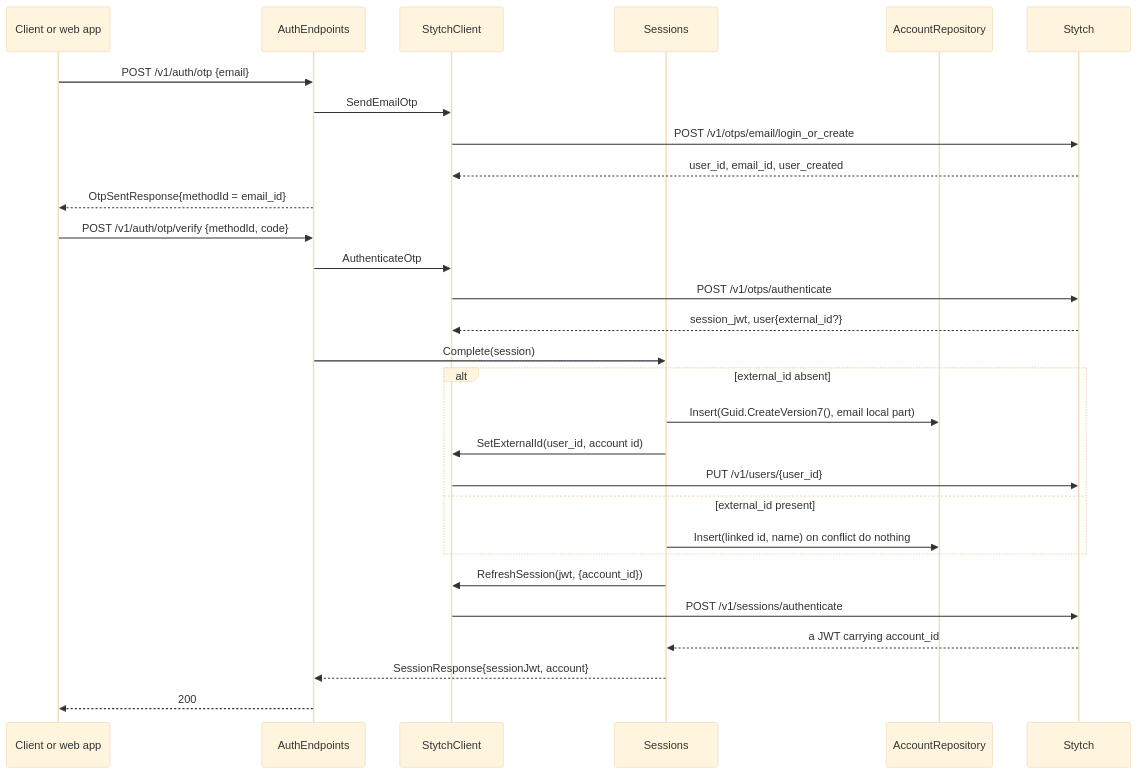
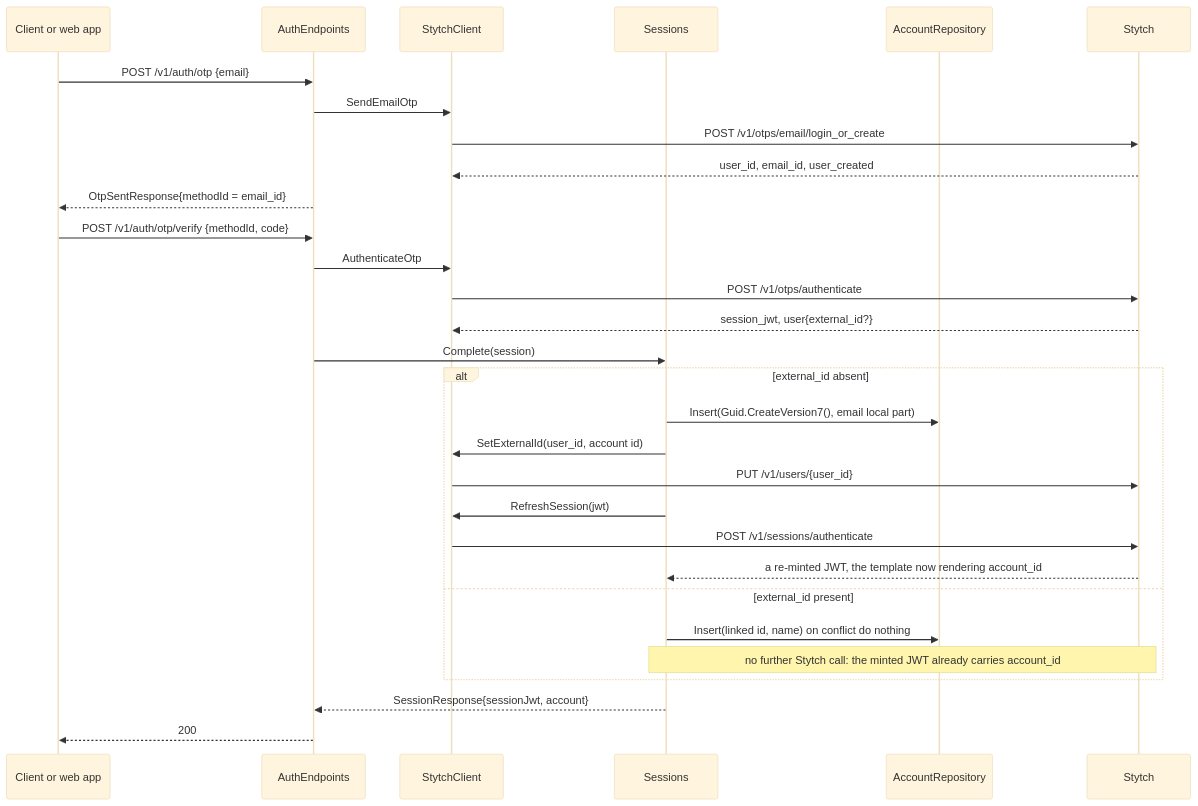
The third of 12 diagrams in docs/design/management-api/design.md (cstupi/tabletop), drawn with Mermaid (base theme) before and after one commit. The commit also changed other lines of this file and 6 other files, not shown here.

````diff
--- a/docs/design/management-api/design.md
+++ b/docs/design/management-api/design.md
@@ -272,32 +273,33 @@
 ```mermaid
 sequenceDiagram
     participant C as Client or web app
     participant A as AuthEndpoints
     participant S as StytchClient
     participant X as Sessions
     participant R as AccountRepository
     participant K as Stytch
 
     C->>A: POST /v1/auth/otp {email}
     A->>S: SendEmailOtp
     S->>K: POST /v1/otps/email/login_or_create
     K-->>S: user_id, email_id, user_created
     A-->>C: OtpSentResponse{methodId = email_id}
     C->>A: POST /v1/auth/otp/verify {methodId, code}
     A->>S: AuthenticateOtp
     S->>K: POST /v1/otps/authenticate
     K-->>S: session_jwt, user{external_id?}
     A->>X: Complete(session)
     alt external_id absent
         X->>R: Insert(Guid.CreateVersion7(), email local part)
         X->>S: SetExternalId(user_id, account id)
         S->>K: PUT /v1/users/{user_id}
+        X->>S: RefreshSession(jwt)
+        S->>K: POST /v1/sessions/authenticate
+        K-->>X: a re-minted JWT, the template now rendering account_id
     else external_id present
         X->>R: Insert(linked id, name) on conflict do nothing
+        Note over X,K: no further Stytch call: the minted JWT already carries account_id
     end
-    X->>S: RefreshSession(jwt, {account_id})
-    S->>K: POST /v1/sessions/authenticate
-    K-->>X: a JWT carrying account_id
     X-->>A: SessionResponse{sessionJwt, account}
     A-->>C: 200
 ```
````
